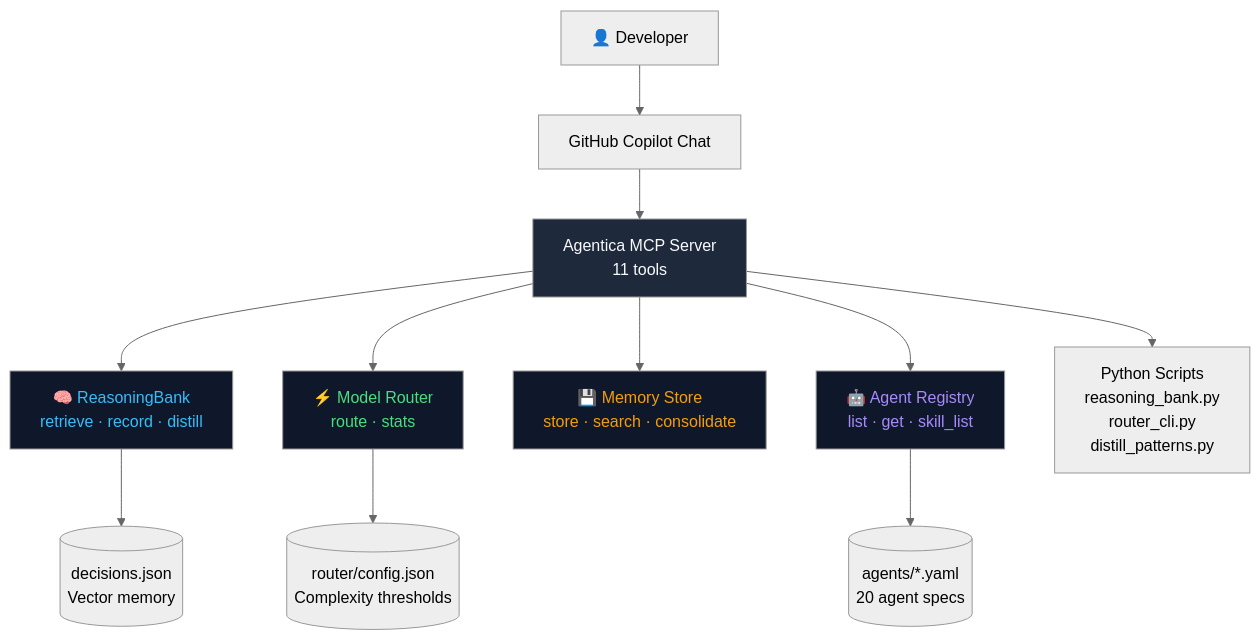
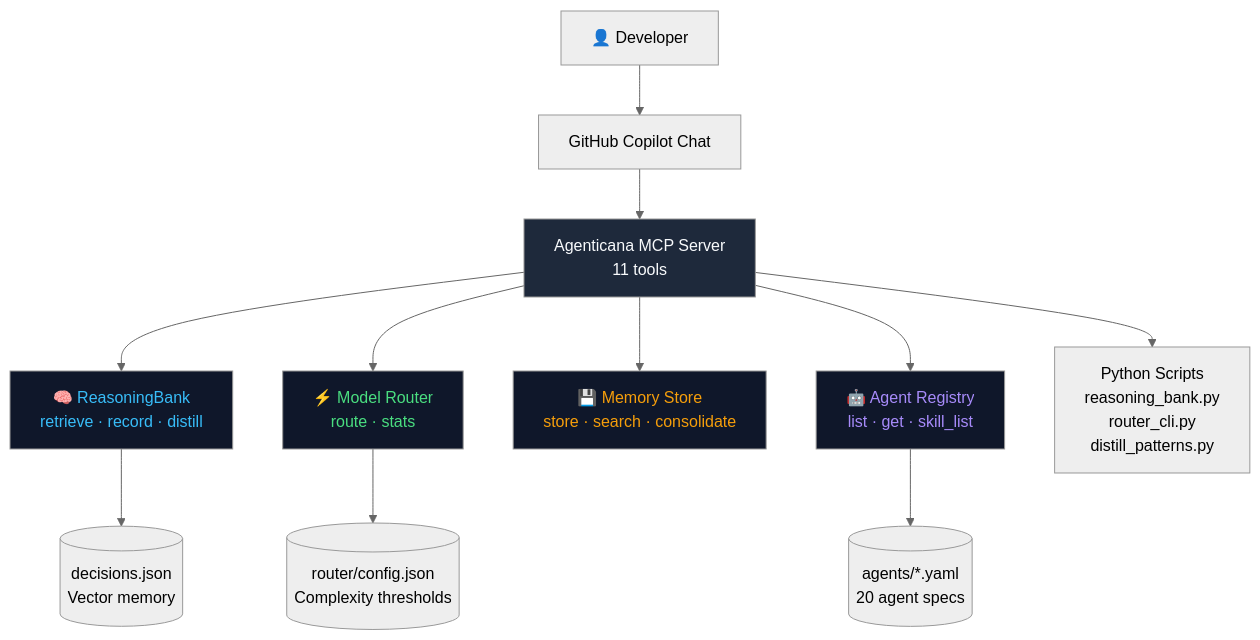
One commit to ashrafmusa/agentica changed the diagram in README.md. Above: the diagram before and after it, drawn with Mermaid (neutral theme). The commit also changed other lines of this file and 33 other files, not shown here.

Commit message:
feat: introduce model router, MCP server, and Agenticana branding updates

````diff
--- a/README.md
+++ b/README.md
@@ -191,22 +191,22 @@
 ```mermaid
 graph TD
     USER[👤 Developer] --> COPILOT[GitHub Copilot Chat]
-    COPILOT --> MCP[Agentica MCP Server\n11 tools]
+    COPILOT --> MCP[Agenticana MCP Server\n11 tools]
 
     MCP --> RB[🧠 ReasoningBank\nretrieve · record · distill]
     MCP --> ROUTER[⚡ Model Router\nroute · stats]
     MCP --> MEM[💾 Memory Store\nstore · search · consolidate]
     MCP --> AGENTS[🤖 Agent Registry\nlist · get · skill_list]
 
     RB --> DECISIONS[(decisions.json\nVector memory)]
     ROUTER --> CONFIG[(router/config.json\nComplexity thresholds)]
     AGENTS --> YAMLS[(agents/*.yaml\n20 agent specs)]
 
     MCP --> PYTHON[Python Scripts\nreasoning_bank.py\nrouter_cli.py\ndistill_patterns.py]
 
     style MCP fill:#1e293b,color:#f8fafc
     style RB fill:#0f172a,color:#38bdf8
     style ROUTER fill:#0f172a,color:#4ade80
     style MEM fill:#0f172a,color:#f59e0b
     style AGENTS fill:#0f172a,color:#a78bfa
 ```
````
